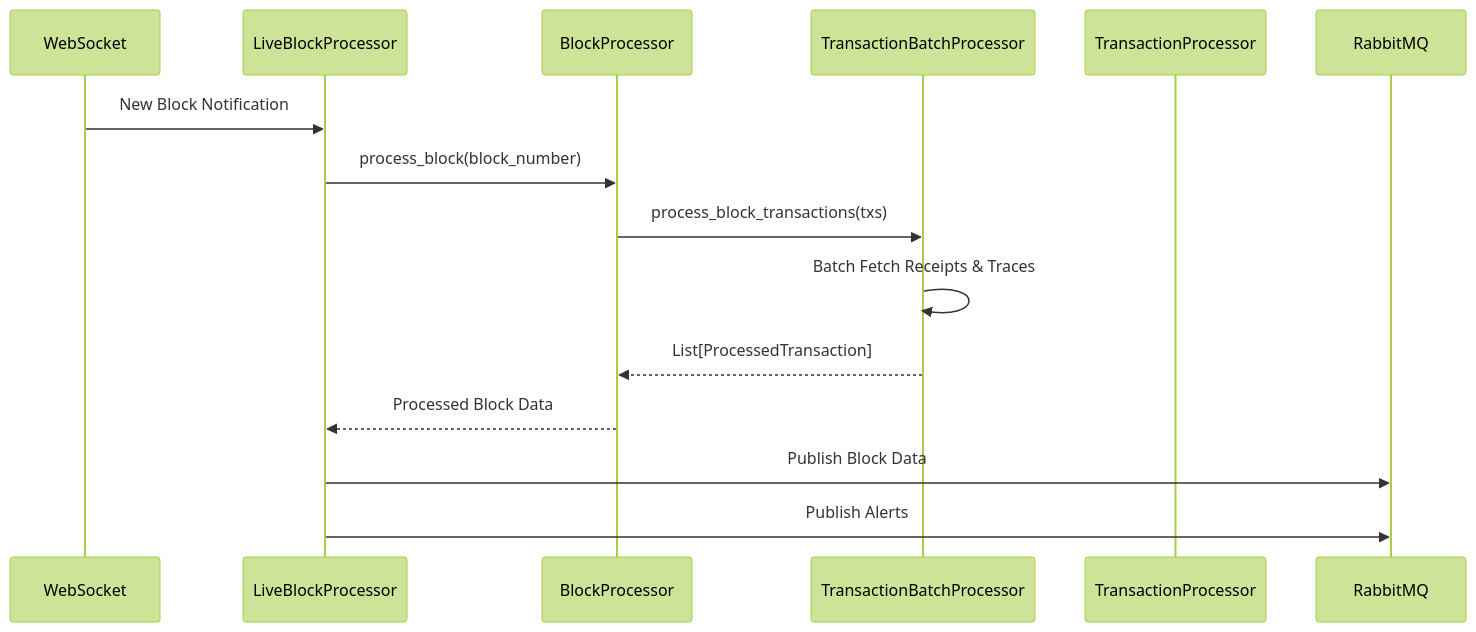
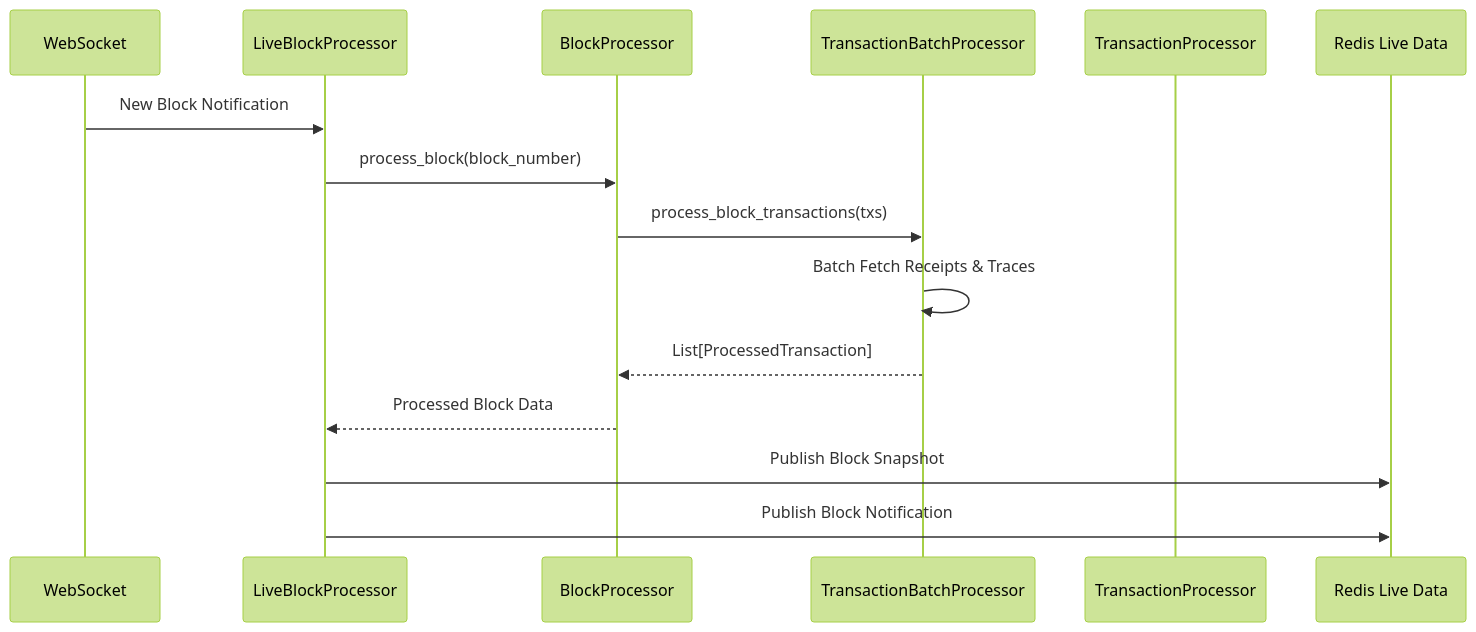
The second of 2 diagrams in pyeth/eth_data/README.md (NimaMan/eth), drawn with Mermaid (forest theme) before and after one commit. The commit also changed other lines of this file and 19 other files, not shown here.

First line of the commit message:
Refactor block processing to use Redis Pub/Sub for notifications

````diff
--- a/pyeth/eth_data/README.md
+++ b/pyeth/eth_data/README.md
@@ -89,18 +89,18 @@
 ```mermaid
 sequenceDiagram
     participant WS as WebSocket
     participant LBP as LiveBlockProcessor
     participant BP as BlockProcessor
     participant TBP as TransactionBatchProcessor
     participant TP as TransactionProcessor
-    participant RMQ as RabbitMQ
+    participant Redis as Redis Live Data
 
     WS->>LBP: New Block Notification
     LBP->>BP: process_block(block_number)
     BP->>TBP: process_block_transactions(txs)
     TBP->>TBP: Batch Fetch Receipts & Traces
     TBP-->>BP: List[ProcessedTransaction]
     BP-->>LBP: Processed Block Data
-    LBP->>RMQ: Publish Block Data
-    LBP->>RMQ: Publish Alerts
+    LBP->>Redis: Publish Block Snapshot
+    LBP->>Redis: Publish Block Notification
 ```
````
